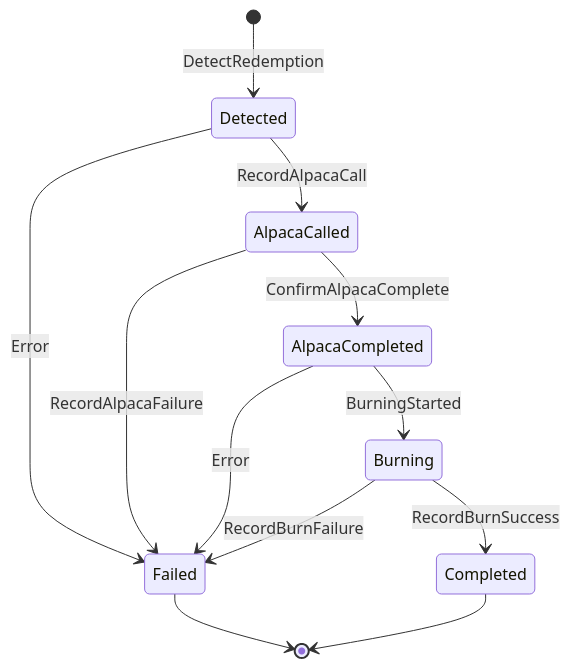
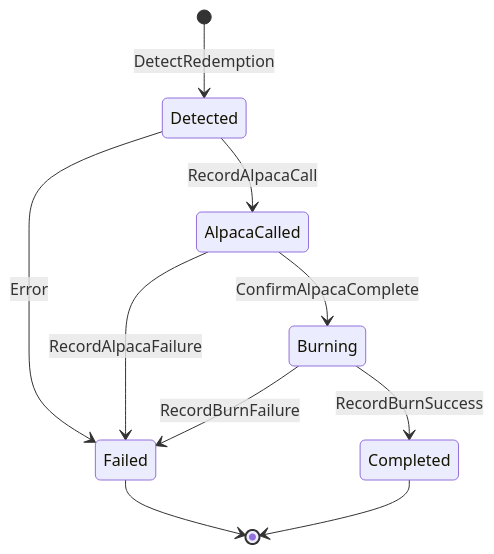
The fifth of 6 diagrams in SPEC.md (ST0x-Technology/st0x.issuance), drawn with Mermaid before and after one commit. The commit also changed other lines of this file and 1 other file, not shown here.

````diff
--- a/SPEC.md
+++ b/SPEC.md
@@ -1007,14 +1013,12 @@
 ```mermaid
 stateDiagram-v2
     [*] --> Detected: DetectRedemption
     Detected --> AlpacaCalled: RecordAlpacaCall
     Detected --> Failed: Error
-    AlpacaCalled --> AlpacaCompleted: ConfirmAlpacaComplete
+    AlpacaCalled --> Burning: ConfirmAlpacaComplete
     AlpacaCalled --> Failed: RecordAlpacaFailure
-    AlpacaCompleted --> Burning: BurningStarted
-    AlpacaCompleted --> Failed: Error
     Burning --> Completed: RecordBurnSuccess
     Burning --> Failed: RecordBurnFailure
     Failed --> [*]
     Completed --> [*]
 ```
````
